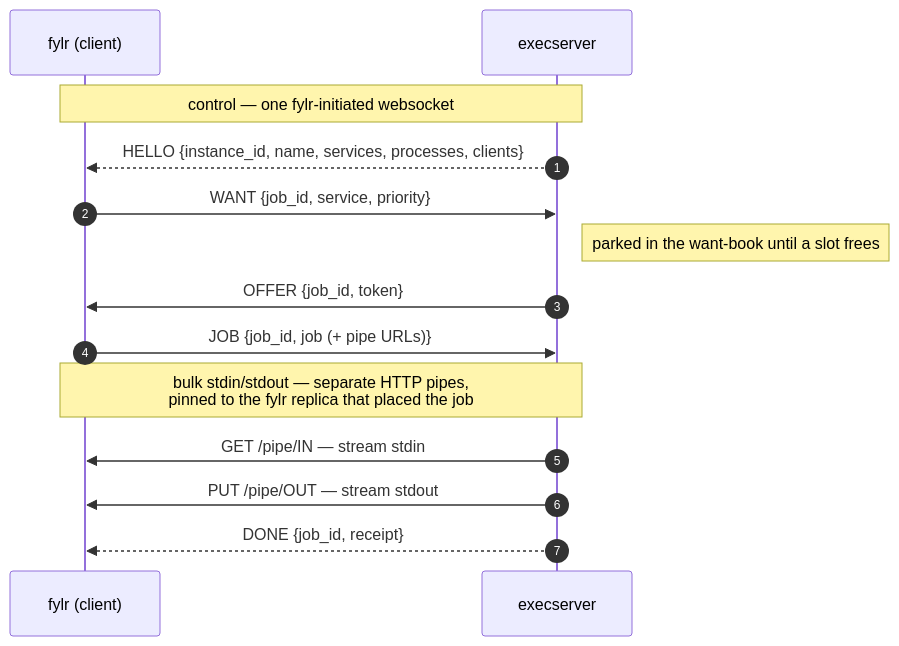
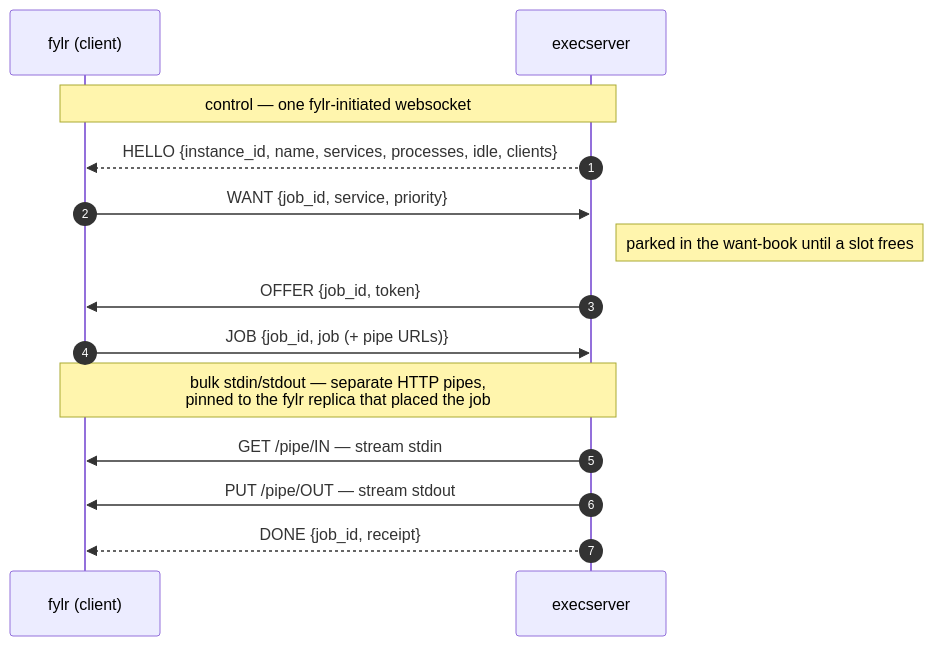
One commit to programmfabrik/fylr-gitbook changed the diagram in for-developers/execserver.md. Above: the diagram before and after it, drawn with Mermaid. The commit also changed other lines of this file and 23 other files, not shown here.

````diff
--- a/for-developers/execserver.md
+++ b/for-developers/execserver.md
@@ -22,16 +25,16 @@
 ```mermaid
 sequenceDiagram
     autonumber
     participant F as fylr (client)
     participant X as execserver
     Note over F,X: control — one fylr-initiated websocket
-    X-->>F: HELLO {instance_id, name, services, processes, clients}
+    X-->>F: HELLO {instance_id, name, services, processes, idle, clients}
     F->>X: WANT {job_id, service, priority}
     Note right of X: parked in the want-book until a slot frees
     X->>F: OFFER {job_id, token}
     F->>X: JOB {job_id, job (+ pipe URLs)}
     Note over F,X: bulk stdin/stdout — separate HTTP pipes,<br/>pinned to the fylr replica that placed the job
     X->>F: GET /pipe/IN — stream stdin
     X->>F: PUT /pipe/OUT — stream stdout
     X-->>F: DONE {job_id, receipt}
 ```
````
